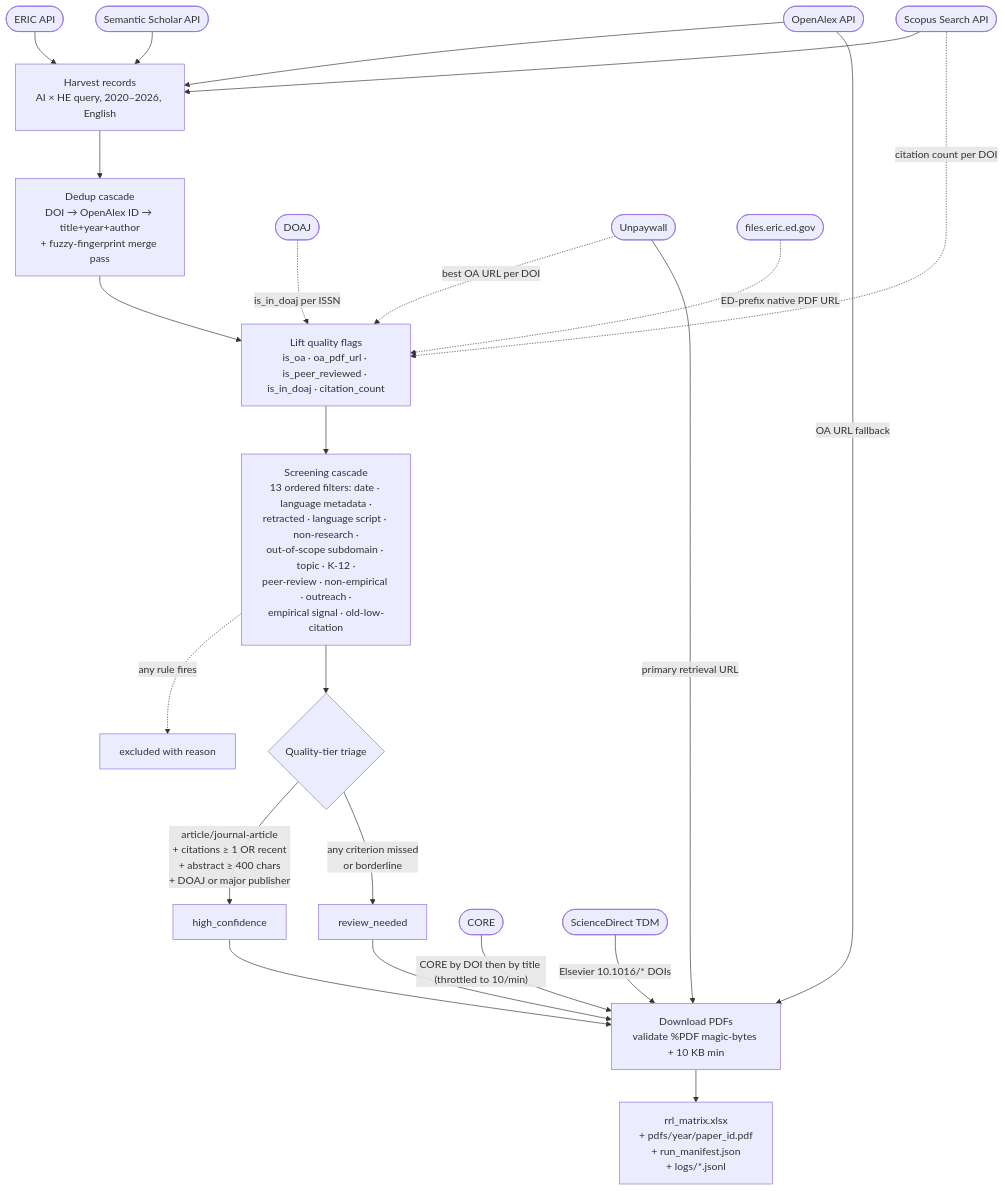
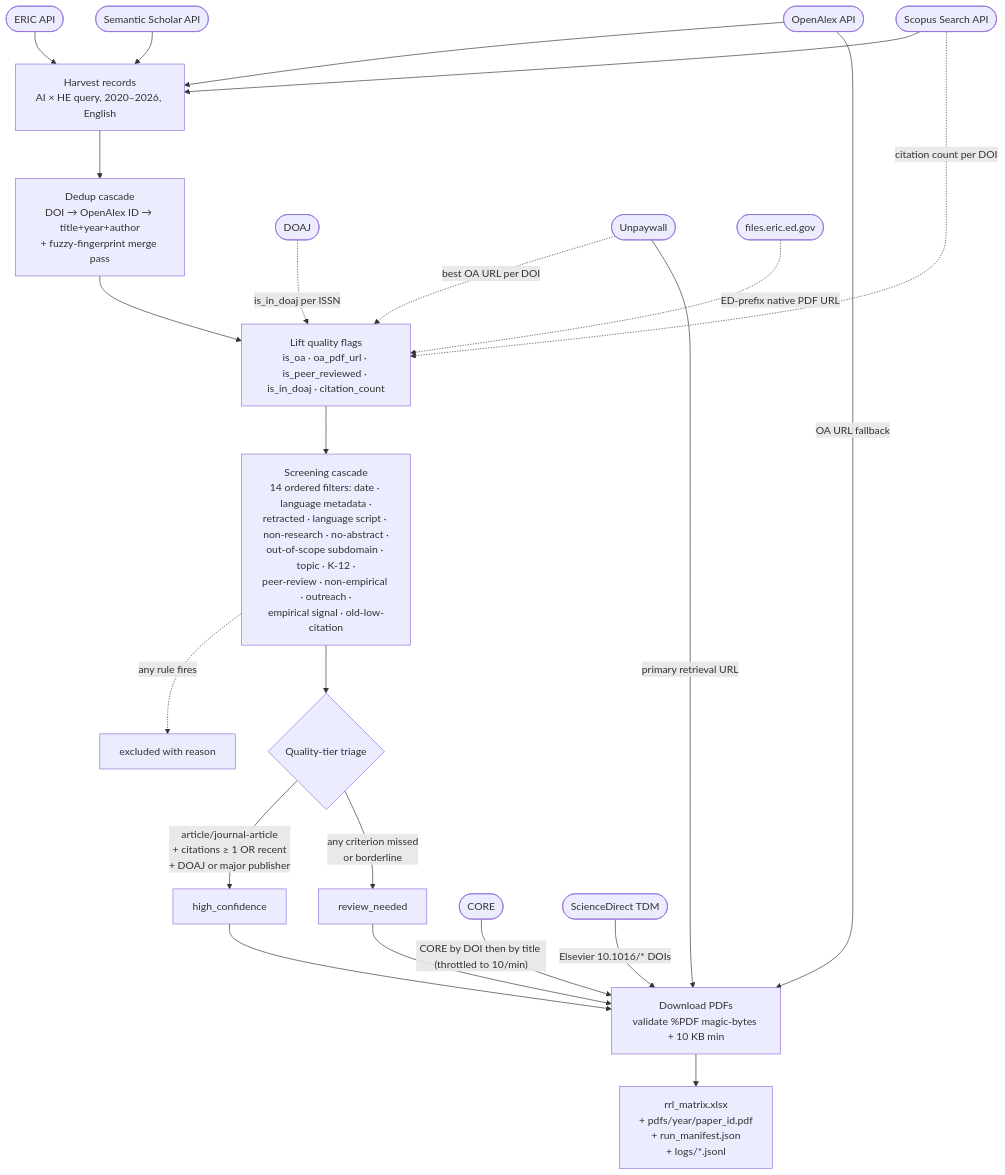
The first of 2 diagrams in README.md (benjiesotelo-sudo/AI-Higher-Ed-RRL), drawn with Mermaid before and after one commit. The commit also changed other lines of this file and 7 other files, not shown here.

First line of the commit message:
refactor(screen): replace abstract-length gates with has-abstract test

````diff
--- a/README.md
+++ b/README.md
@@ -27,38 +27,38 @@
 ```mermaid
 flowchart TD
     %% External search sources
     SVC_OA([OpenAlex API])
     SVC_ERIC([ERIC API])
     SVC_S2([Semantic Scholar API])
     SVC_SCO([Scopus Search API])
 
     %% Harvest + dedup
     SVC_OA --> HARV
     SVC_ERIC --> HARV
     SVC_S2 --> HARV
     SVC_SCO --> HARV
     HARV[Harvest records<br/>AI × HE query, 2020–2026, English] --> DEDUP[Dedup cascade<br/>DOI → OpenAlex ID → title+year+author<br/>+ fuzzy-fingerprint merge pass]
 
     %% Enrichment
     DEDUP --> ENR[Lift quality flags<br/>is_oa · oa_pdf_url · is_peer_reviewed · is_in_doaj · citation_count]
     SVC_DOAJ([DOAJ]) -. is_in_doaj per ISSN .-> ENR
     SVC_UPW([Unpaywall]) -. best OA URL per DOI .-> ENR
     SVC_ERICF([files.eric.ed.gov]) -. ED-prefix native PDF URL .-> ENR
     SVC_SCO -. citation count per DOI .-> ENR
 
     %% Screening cascade (condensed view)
-    ENR --> SCREEN[Screening cascade<br/>13 ordered filters: date · language metadata ·<br/>retracted · language script · non-research ·<br/>out-of-scope subdomain · topic · K-12 ·<br/>peer-review · non-empirical · outreach ·<br/>empirical signal · old-low-citation]
+    ENR --> SCREEN[Screening cascade<br/>14 ordered filters: date · language metadata ·<br/>retracted · language script · non-research · no-abstract ·<br/>out-of-scope subdomain · topic · K-12 ·<br/>peer-review · non-empirical · outreach ·<br/>empirical signal · old-low-citation]
     SCREEN -. any rule fires .-> XOUT[excluded with reason]
     SCREEN --> TIER{Quality-tier triage}
-    TIER -- article/journal-article<br/>+ citations ≥ 1 OR recent<br/>+ abstract ≥ 400 chars<br/>+ DOAJ or major publisher --> HC[high_confidence]
+    TIER -- article/journal-article<br/>+ citations ≥ 1 OR recent<br/>+ DOAJ or major publisher --> HC[high_confidence]
     TIER -- any criterion missed<br/>or borderline --> RN[review_needed]
 
     %% Retrieval + output (cascade order: oa → core → sciencedirect)
     HC --> DL[Download PDFs<br/>validate %PDF magic-bytes + 10 KB min]
     RN --> DL
     SVC_UPW -->|"primary retrieval URL"| DL
     SVC_OA  -->|"OA URL fallback"| DL
     SVC_CORE([CORE]) -->|"CORE by DOI then by title (throttled to 10/min)"| DL
     SVC_SD([ScienceDirect TDM]) -->|"Elsevier 10.1016/* DOIs"| DL
     DL --> OUT[rrl_matrix.xlsx<br/>+ pdfs/year/paper_id.pdf<br/>+ run_manifest.json<br/>+ logs/*.jsonl]
 ```
````
